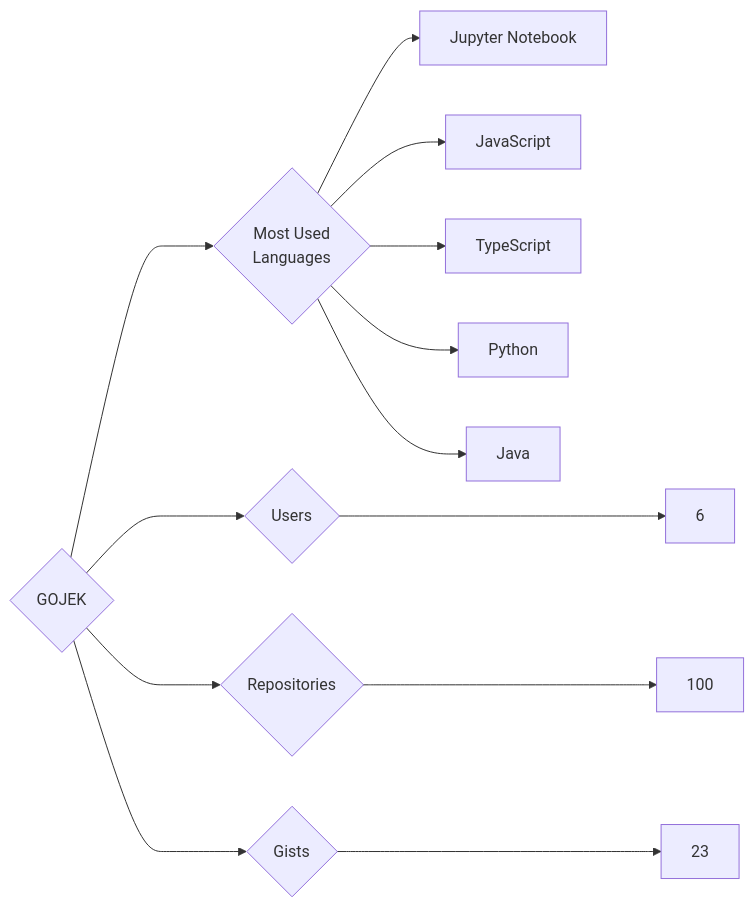
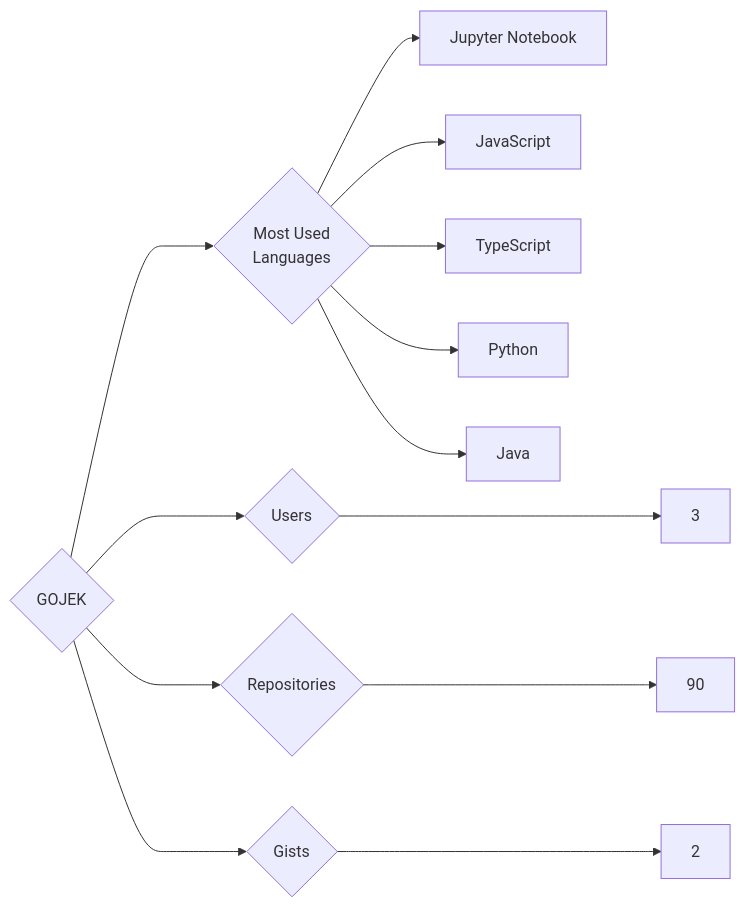
One commit to trickest/insiders changed the diagram in targets/GOJEK/README.md. Above: the diagram before and after it, drawn with Mermaid. The commit also changed 1007 other files, not shown here.

````diff
--- a/targets/GOJEK/README.md
+++ b/targets/GOJEK/README.md
@@ -3,13 +3,13 @@
 ```mermaid
 graph LR
 COMPANY_NAME{GOJEK}
-COMPANY_NAME ---> U{Users} ---> UN[6]
-COMPANY_NAME ---> R{Repositories} ---> RN[100]
-COMPANY_NAME ---> G{Gists} ---> GN[23]
+COMPANY_NAME ---> U{Users} ---> UN[3]
+COMPANY_NAME ---> R{Repositories} ---> RN[90]
+COMPANY_NAME ---> G{Gists} ---> GN[2]
 COMPANY_NAME ---> ML{Most Used<br>Languages}
 ML --> Jupyter_Notebook[Jupyter Notebook]
 ML --> JavaScript[JavaScript]
 ML --> TypeScript[TypeScript]
 ML --> Python[Python]
 ML --> Java[Java]
 ```
````
